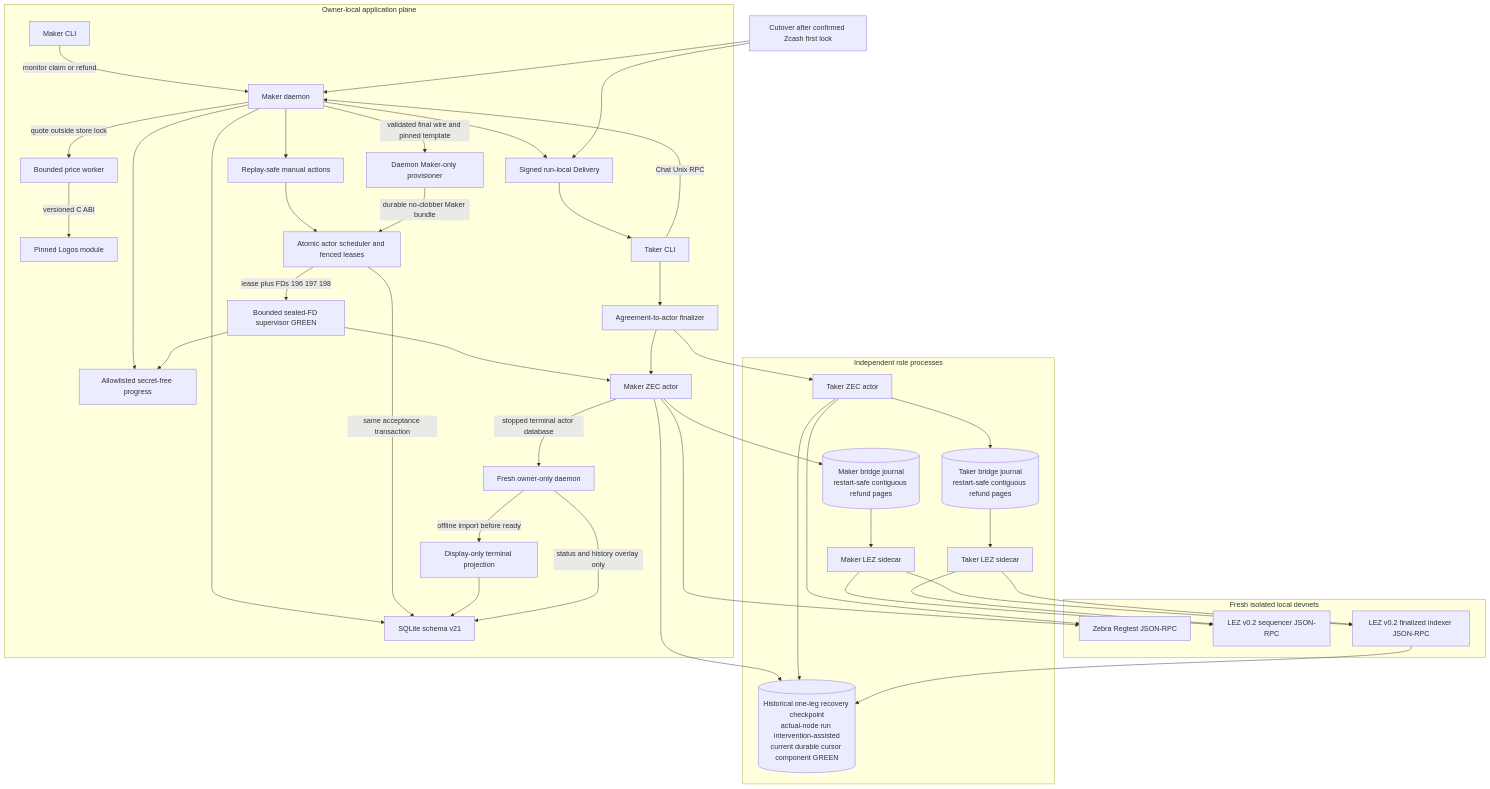
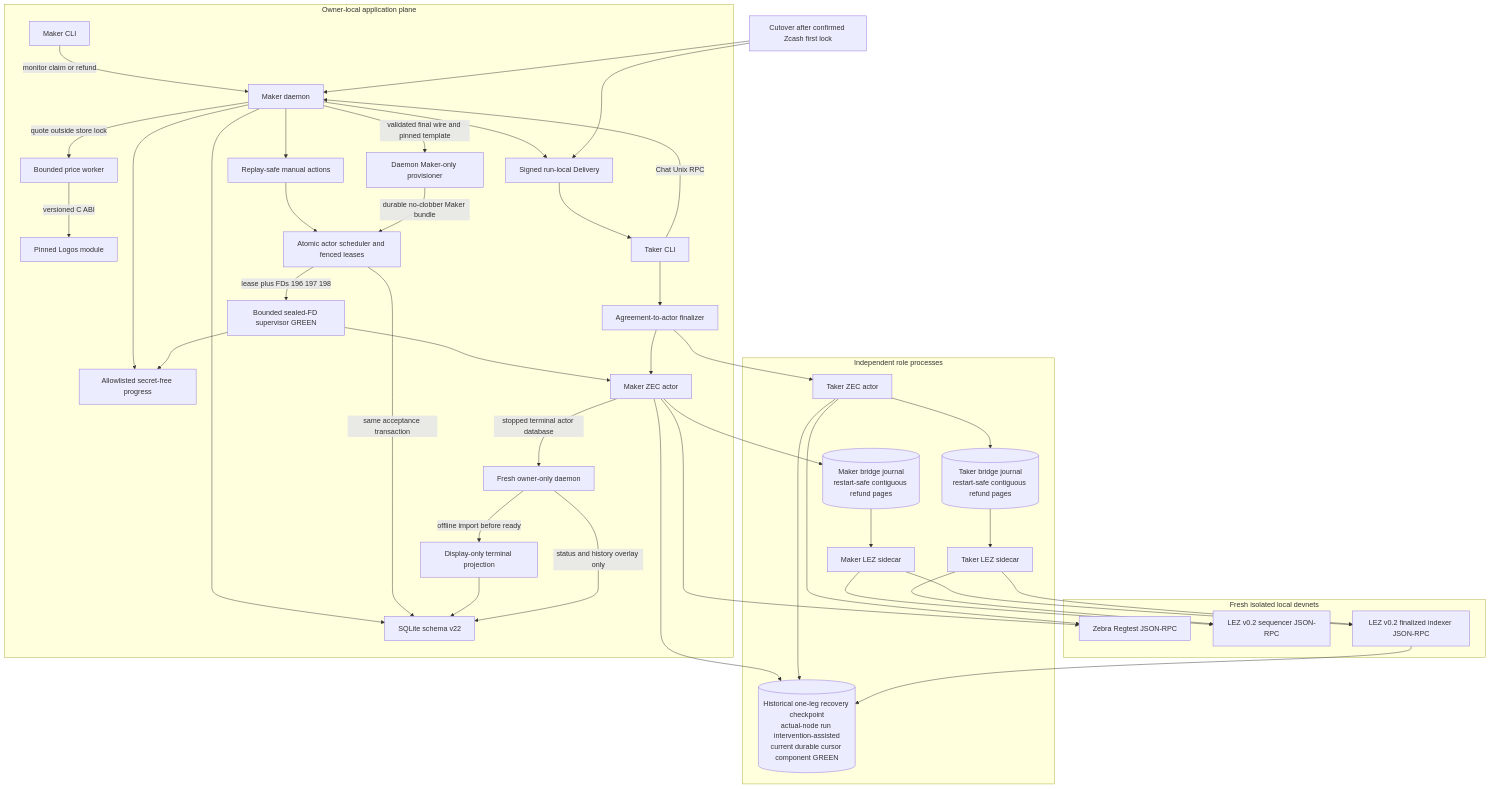
One commit to gateway-fm/lez-atomic-swaps changed diagram 14 of 24 in docs/architecture/deployment-components-and-rpcs.md. Above: the diagram before and after it, drawn with Mermaid. The commit also changed other lines of this file and 8 other files, not shown here.

````diff
--- a/docs/architecture/deployment-components-and-rpcs.md
+++ b/docs/architecture/deployment-components-and-rpcs.md
@@ -1135,75 +1143,75 @@
 ```mermaid
 flowchart TB
     subgraph App[Owner-local application plane]
         MakerCli[Maker CLI]
         Daemon[Maker daemon]
-        Store[SQLite schema v21]
+        Store[SQLite schema v22]
         TerminalView[Display-only terminal projection]
         TerminalDaemon[Fresh owner-only daemon]
         PriceWorker[Bounded price worker]
         PriceModule[Pinned Logos module]
         Delivery[Signed run-local Delivery]
         TakerCli[Taker CLI]
         Finalizer[Agreement-to-actor finalizer]
         Provisioner[Daemon Maker-only provisioner]
         Scheduler[Atomic actor scheduler and fenced leases]
         Actions[Replay-safe manual actions]
         Progress[Allowlisted secret-free progress]
         Supervisor[Bounded sealed-FD supervisor GREEN]
         MakerCli -->|monitor claim or refund| Daemon
         Daemon --> Store
         Daemon --> Actions
         Daemon --> Progress
         Actions --> Scheduler
         Supervisor --> Progress
         Daemon --> Delivery
         Delivery --> TakerCli
         TakerCli -->|Chat Unix RPC| Daemon
         Daemon -->|quote outside store lock| PriceWorker
         PriceWorker -->|versioned C ABI| PriceModule
         Daemon -->|validated final wire and pinned template| Provisioner
         Provisioner -->|durable no-clobber Maker bundle| Scheduler
         Scheduler -->|same acceptance transaction| Store
         Scheduler -->|lease plus FDs 196 197 198| Supervisor
         Supervisor --> MakerActor
         TakerCli --> Finalizer
         TerminalDaemon -->|offline import before ready| TerminalView
         TerminalView --> Store
         TerminalDaemon -->|status and history overlay only| Store
     end
 
     subgraph Roles[Independent role processes]
         MakerActor[Maker ZEC actor]
         TakerActor[Taker ZEC actor]
         MakerSidecar[Maker LEZ sidecar]
         TakerSidecar[Taker LEZ sidecar]
         MakerCursor[("Maker bridge journal<br/>restart-safe contiguous refund pages")]
         TakerCursor[("Taker bridge journal<br/>restart-safe contiguous refund pages")]
         RecoveryProof[("Historical one-leg recovery checkpoint<br/>actual-node run intervention-assisted<br/>current durable cursor component GREEN")]
         Finalizer --> MakerActor
         Finalizer --> TakerActor
         MakerActor --> MakerCursor
         MakerCursor --> MakerSidecar
         TakerActor --> TakerCursor
         TakerCursor --> TakerSidecar
         MakerActor -->|stopped terminal actor database| TerminalDaemon
     end
 
     subgraph Nodes[Fresh isolated local devnets]
         Zebra[Zebra Regtest JSON-RPC]
         Sequencer[LEZ v0.2 sequencer JSON-RPC]
         Indexer[LEZ v0.2 finalized indexer JSON-RPC]
     end
 
     MakerActor --> Zebra
     TakerActor --> Zebra
     MakerSidecar --> Sequencer
     MakerSidecar --> Indexer
     TakerSidecar --> Sequencer
     TakerSidecar --> Indexer
     MakerActor --> RecoveryProof
     TakerActor --> RecoveryProof
     Indexer --> RecoveryProof
     Cutover[Cutover after confirmed Zcash first lock] --> Daemon
     Cutover --> Delivery
 ```
````
